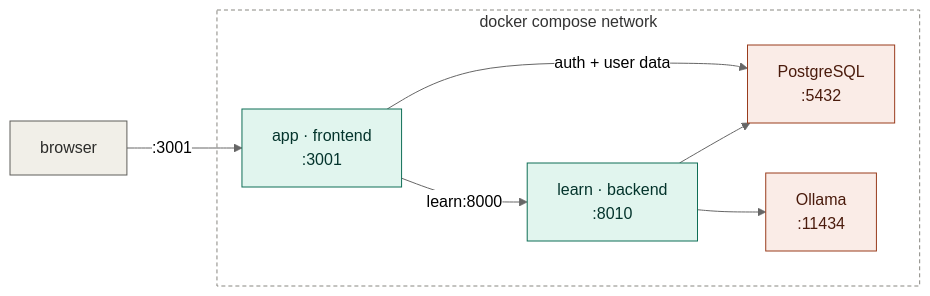
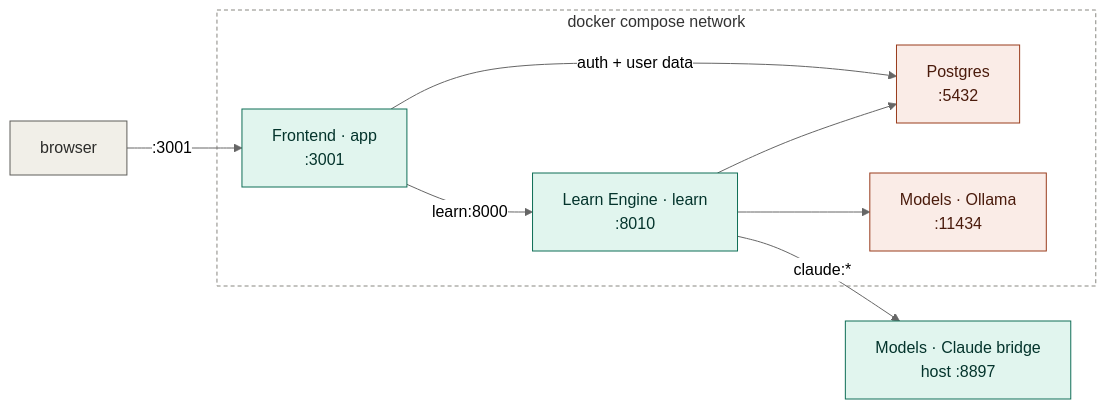
The first of 4 diagrams in MAP.md (Aiden-Ferrante/learnhub-core), drawn with Mermaid (neutral theme) before and after one commit. The commit also changed other lines of this file and 162 other files, not shown here.

First line of the commit message:
refactor(repo): one top-level folder per part — frontend, engine, postgres, models

````diff
--- a/MAP.md
+++ b/MAP.md
@@ -22,28 +22,34 @@
 ```mermaid
 flowchart LR
   browser["browser"]
 
   subgraph compose["docker compose network"]
-    app["app · frontend<br/>:3001"]
-    learn["learn · backend<br/>:8010"]
-    pg["PostgreSQL<br/>:5432"]
-    ollama["Ollama<br/>:11434"]
+    app["Frontend · app<br/>:3001"]
+    learn["Learn Engine · learn<br/>:8010"]
+    pg["Postgres<br/>:5432"]
+    ollama["Models · Ollama<br/>:11434"]
   end
+  bridge["Models · Claude bridge<br/>host :8897"]
 
   browser -->|:3001| app
   app -->|learn:8000| learn
   app -->|auth + user data| pg
   learn --> pg
   learn --> ollama
+  learn -->|claude:*| bridge
 
   classDef client fill:#F1EFE8,stroke:#5F5E5A,color:#2C2C2A;
   classDef built fill:#E1F5EE,stroke:#0F6E56,color:#04342C;
   classDef tool fill:#FAECE7,stroke:#993C1D,color:#4A1B0C;
   class browser client;
   class app,learn built;
   class pg,ollama tool;
+  class bridge built;
   style compose fill:none,stroke:#888780,stroke-dasharray:4 3;
 
   click app "https://github.com/Aiden-Ferrante/learnhub/tree/main/frontend" "frontend/"
-  click learn "https://github.com/Aiden-Ferrante/learnhub/tree/main/backend" "backend/"
+  click learn "https://github.com/Aiden-Ferrante/learnhub/tree/main/engine" "engine/"
+  click pg "https://github.com/Aiden-Ferrante/learnhub/tree/main/postgres" "postgres/"
+  click ollama "https://github.com/Aiden-Ferrante/learnhub/tree/main/models" "models/"
+  click bridge "https://github.com/Aiden-Ferrante/learnhub/tree/main/models/claude-bridge" "models/claude-bridge/"
 ```
````
